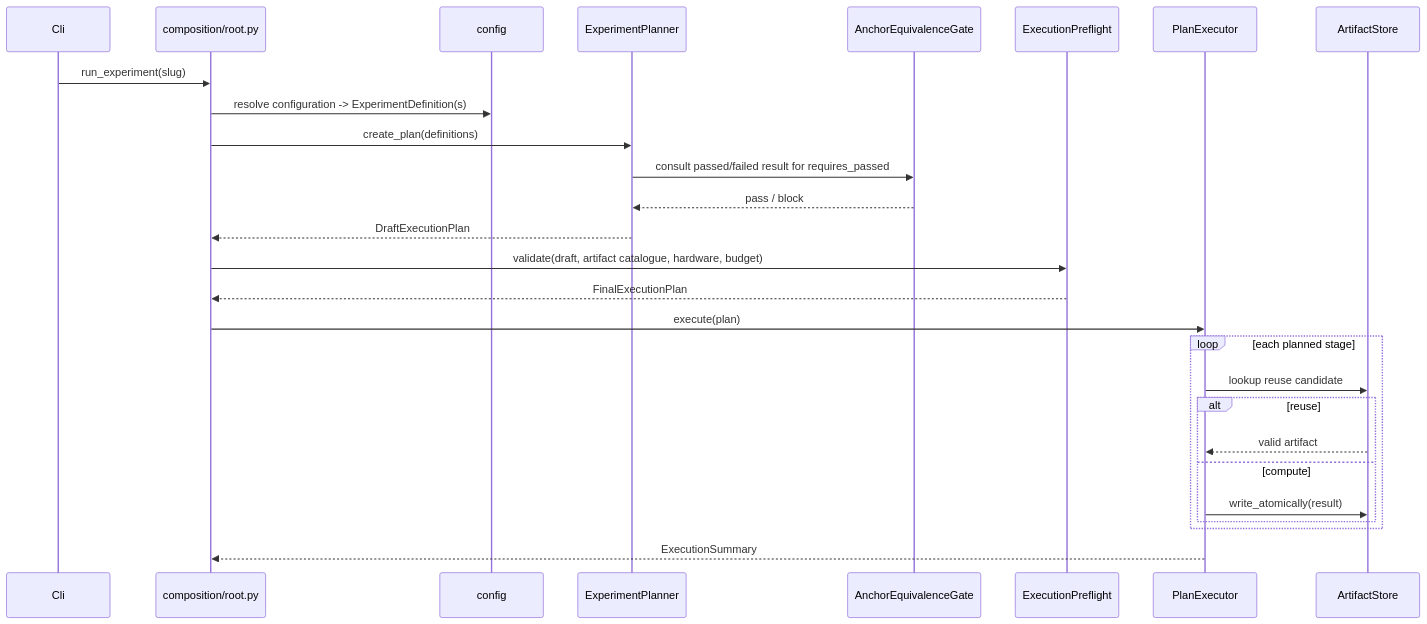
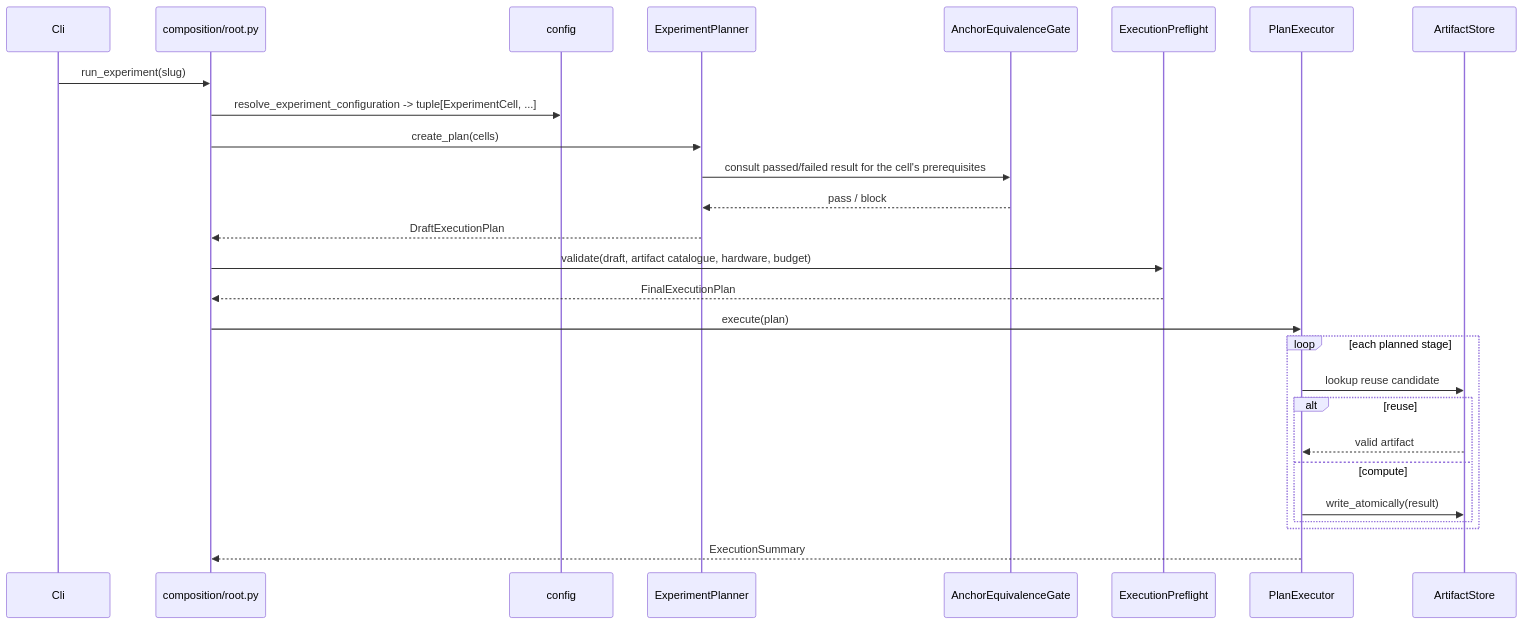
Before and after one commit to naslouby-salahe/datp-core: the first of 2 diagrams in docs/Architecture/PIPELINE_EXECUTION_AND_ARTIFACTS.md, drawn with Mermaid. The commit also changed other lines of this file and 6 other files, not shown here.

````diff
--- a/docs/Architecture/PIPELINE_EXECUTION_AND_ARTIFACTS.md
+++ b/docs/Architecture/PIPELINE_EXECUTION_AND_ARTIFACTS.md
@@ -407,30 +479,30 @@
 ```mermaid
 sequenceDiagram
     participant Cli
     participant Root as composition/root.py
     participant Cfg as config
     participant Plan as ExperimentPlanner
     participant Anchor as AnchorEquivalenceGate
     participant Pre as ExecutionPreflight
     participant Exec as PlanExecutor
     participant Store as ArtifactStore
 
     Cli->>Root: run_experiment(slug)
-    Root->>Cfg: resolve configuration -> ExperimentDefinition(s)
-    Root->>Plan: create_plan(definitions)
-    Plan->>Anchor: consult passed/failed result for requires_passed
+    Root->>Cfg: resolve_experiment_configuration -> tuple[ExperimentCell, ...]
+    Root->>Plan: create_plan(cells)
+    Plan->>Anchor: consult passed/failed result for the cell's prerequisites
     Anchor-->>Plan: pass / block
     Plan-->>Root: DraftExecutionPlan
     Root->>Pre: validate(draft, artifact catalogue, hardware, budget)
     Pre-->>Root: FinalExecutionPlan
     Root->>Exec: execute(plan)
     loop each planned stage
         Exec->>Store: lookup reuse candidate
         alt reuse
             Store-->>Exec: valid artifact
         else compute
             Exec->>Store: write_atomically(result)
         end
     end
     Exec-->>Root: ExecutionSummary
 ```
````
